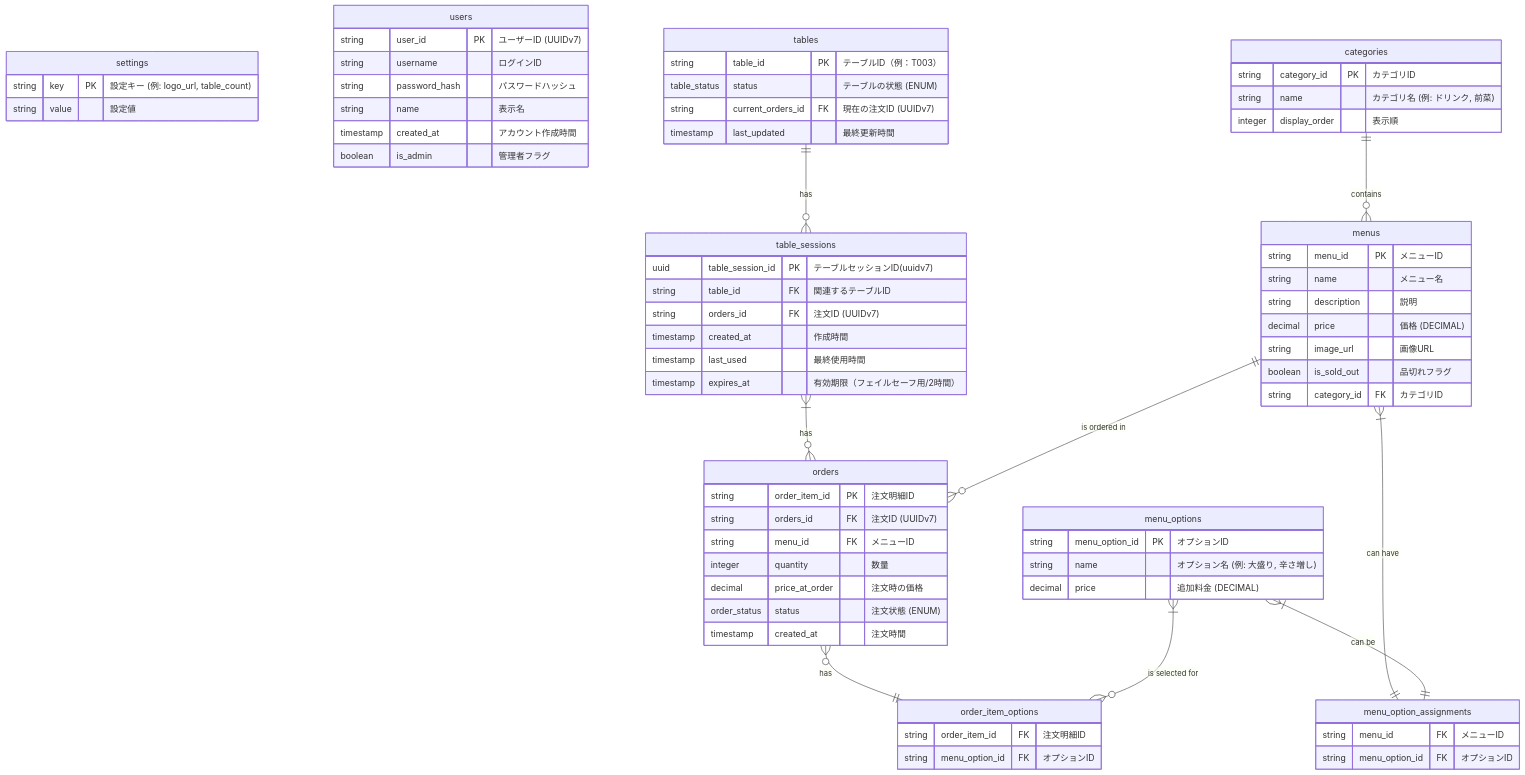
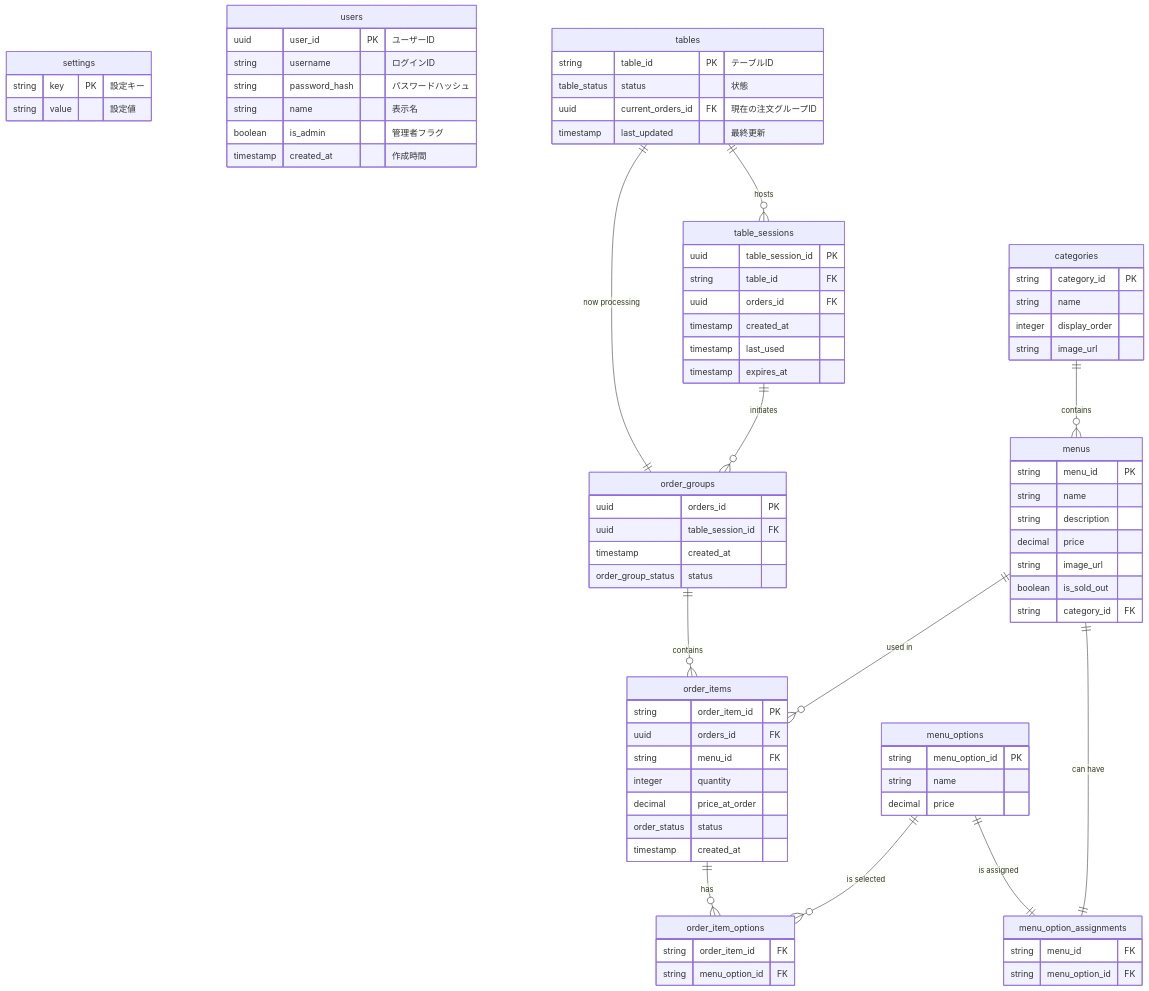
The diagram in .docs/database/er_diagram.md (inoUwU/pinu), drawn with Mermaid before and after one commit. The commit also changed other lines of this file and 1 other file, not shown here.

Commit message:
feat(database): ✨ ER図と初期化SQLの更新
- 設定キーの説明を簡略化
- テーブルの状態や注文の状態をENUM型で管理
- 新しいテーブル `order_groups` と `order_items` を追加
- 各テーブルのカラムに対するコメントを追加

````diff
--- a/.docs/database/er_diagram.md
+++ b/.docs/database/er_diagram.md
@@ -3,83 +3,93 @@
 ```mermaid
 erDiagram
     settings {
-        string key PK "設定キー (例: logo_url, table_count)"
+        string key PK "設定キー"
         string value "設定値"
     }
-    
+
     users {
-        string user_id PK "ユーザーID (UUIDv7)"
+        uuid user_id PK "ユーザーID"
         string username "ログインID"
         string password_hash "パスワードハッシュ"
         string name "表示名"
-        timestamp created_at "アカウント作成時間"
         boolean is_admin "管理者フラグ"
+        timestamp created_at "作成時間"
     }
 
-    tables ||--o{ table_sessions : "has"
     tables {
-        string table_id PK "テーブルID（例：T003）"
-        table_status status "テーブルの状態 (ENUM)"
-        string current_orders_id FK "現在の注文ID (UUIDv7)"
-        timestamp last_updated "最終更新時間"
+        string table_id PK "テーブルID"
+        table_status status "状態"
+        uuid current_orders_id FK "現在の注文グループID"
+        timestamp last_updated "最終更新"
     }
 
     table_sessions {
-        uuid table_session_id PK "テーブルセッションID(uuidv7)"
-        string table_id FK "関連するテーブルID"
-        string orders_id FK "注文ID (UUIDv7)"
-        timestamp created_at "作成時間"
-        timestamp last_used "最終使用時間"
-        timestamp expires_at "有効期限（フェイルセーフ用/2時間）"
+        uuid table_session_id PK
+        string table_id FK
+        uuid orders_id FK
+        timestamp created_at
+        timestamp last_used
+        timestamp expires_at
     }
-    
-    orders {
-        string order_item_id PK "注文明細ID"
-        string orders_id FK "注文ID (UUIDv7)"
-        string menu_id FK "メニューID"
-        integer quantity "数量"
-        decimal price_at_order "注文時の価格"
-        order_status status "注文状態 (ENUM)"
-        timestamp created_at "注文時間"
+
+    order_groups {
+        uuid orders_id PK
+        uuid table_session_id FK
+        timestamp created_at
+        order_group_status status
+    }
+
+    order_items {
+        string order_item_id PK
+        uuid orders_id FK
+        string menu_id FK
+        integer quantity
+        decimal price_at_order
+        order_status status
+        timestamp created_at
     }
 
     order_item_options {
-        string order_item_id FK "注文明細ID"
-        string menu_option_id FK "オプションID"
+        string order_item_id FK
+        string menu_option_id FK
     }
 
     categories {
-        string category_id PK "カテゴリID"
-        string name "カテゴリ名 (例: ドリンク, 前菜)"
-        integer display_order "表示順"
+        string category_id PK
+        string name
+        integer display_order
+        string image_url
     }
 
     menus {
-        string menu_id PK "メニューID"
-        string name "メニュー名"
-        string description "説明"
-        decimal price "価格 (DECIMAL)"
-        string image_url "画像URL"
-        boolean is_sold_out "品切れフラグ"
-        string category_id FK "カテゴリID"
+        string menu_id PK
+        string name
+        string description
+        decimal price
+        string image_url
+        boolean is_sold_out
+        string category_id FK
     }
 
     menu_options {
-        string menu_option_id PK "オプションID"
-        string name "オプション名 (例: 大盛り, 辛さ増し)"
-        decimal price "追加料金 (DECIMAL)"
+        string menu_option_id PK
+        string name
+        decimal price
     }
 
     menu_option_assignments {
-        string menu_id FK "メニューID"
-        string menu_option_id FK "オプションID"
+        string menu_id FK
+        string menu_option_id FK
     }
 
-    categories  ||--o{ menus : "contains"
-    menus       }|--|| menu_option_assignments : "can have"
-    menu_options }|--|| menu_option_assignments : "can be"
-    table_sessions }|--o{ orders : "has"
-    menus       ||--o{ orders : "is ordered in"
-    orders      }o--|| order_item_options : "has"
-    menu_options }|--o{ order_item_options : "is selected for"
+    categories ||--o{ menus : "contains"
+    menus ||--o{ order_items : "used in"
+    menus ||--|| menu_option_assignments : "can have"
+    menu_options ||--|| menu_option_assignments : "is assigned"
+    menu_options ||--o{ order_item_options : "is selected"
+    order_items ||--o{ order_item_options : "has"
+    tables ||--o{ table_sessions : "hosts"
+    table_sessions ||--o{ order_groups : "initiates"
+    order_groups ||--o{ order_items : "contains"
+    tables ||--|| order_groups : "now processing"
 ```
````
